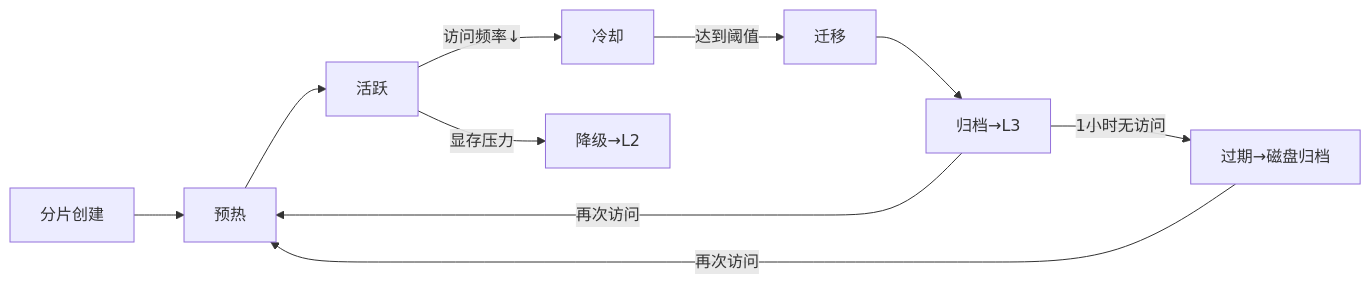
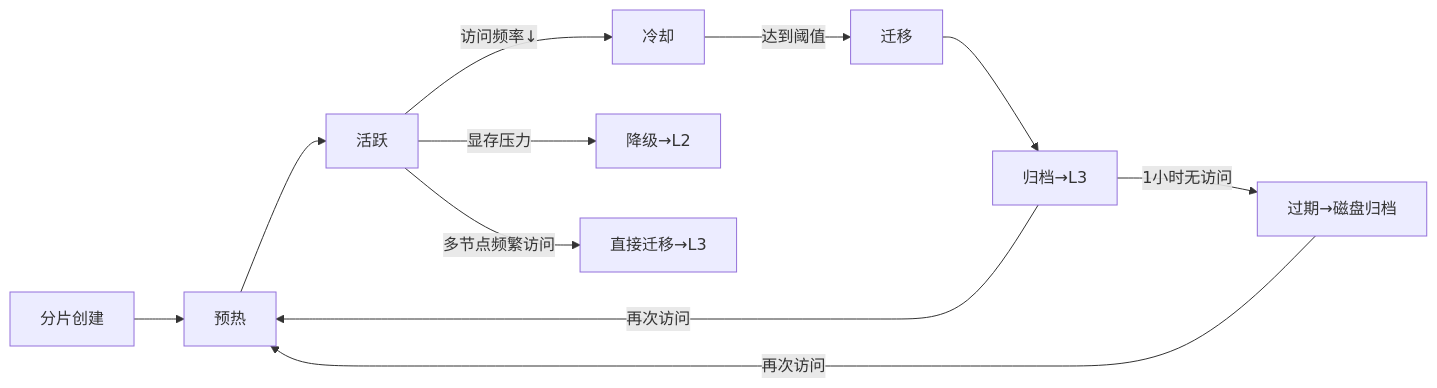
The fifth of 5 diagrams in README.md (hiicl/Helios-Calculation), drawn with Mermaid before and after one commit. The commit also changed other lines of this file, not shown here.

````diff
--- a/README.md
+++ b/README.md
@@ -224,12 +229,13 @@
 ```mermaid
 graph LR
   A[分片创建] --> B[预热]
   B --> C[活跃]
   C -->|访问频率↓| D[冷却]
   D -->|达到阈值| E[迁移]
   C -->|显存压力| F[降级→L2]
+  C -->|多节点频繁访问| H[直接迁移→L3]
   E --> G[归档→L3]
-  G -->|1小时无访问| H[过期→磁盘归档]
-  H -->|再次访问| B
+  G -->|1小时无访问| I[过期→磁盘归档]
+  I -->|再次访问| B
   G -->|再次访问| B
 ```
````
